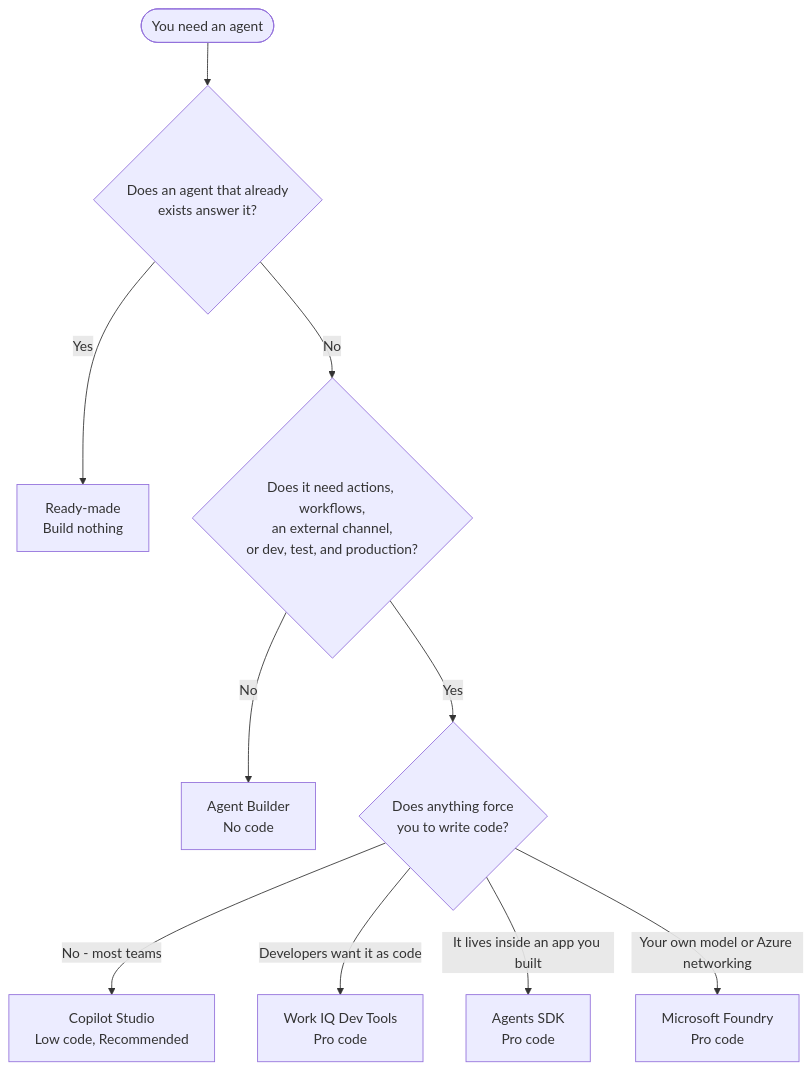
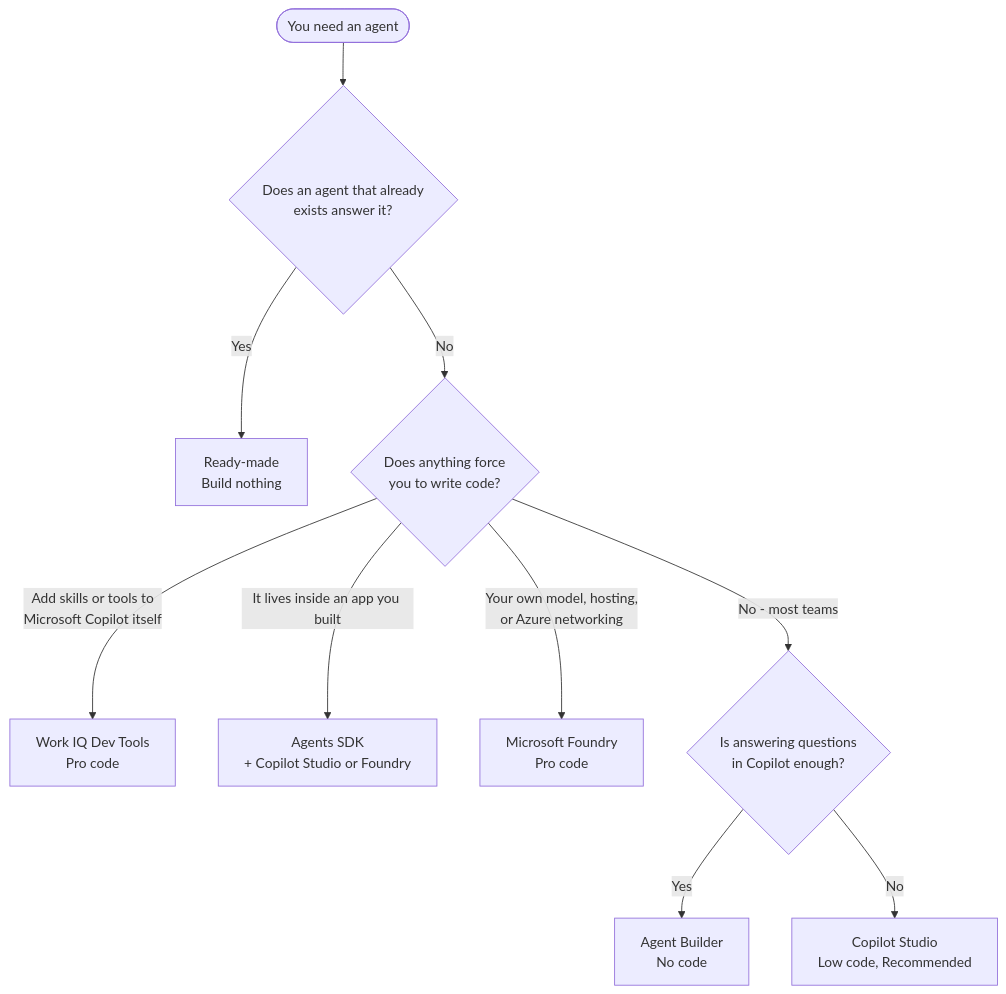
Before and after one commit to SSWConsulting/SSW.Rules.Content: the diagram in public/uploads/rules/ai-agent-platform/rule.mdx, drawn with Mermaid. The commit also changed other lines of this file, not shown here.

Commit message:
Tree: ask about forced code first, then whether Q&A in Copilot is enough
- Pro-code constraints come first, so an own-model agent can't land on
  Agent Builder
- Work IQ Dev Tools branch matches Microsoft's scope: skills or tools
  added to Microsoft Copilot itself
- Agents SDK node says Copilot Studio or Foundry sits behind it
- Agent Builder can't be used in Teams chats

````diff
--- a/public/uploads/rules/ai-agent-platform/rule.mdx
+++ b/public/uploads/rules/ai-agent-platform/rule.mdx
@@ -50,12 +50,12 @@
 ```mermaid
 flowchart TD
     Start(["You need an agent"]) --> Q0{"Does an agent that already<br>exists answer it?"}
     Q0 -->|Yes| RM["Ready-made<br>Build nothing"]
-    Q0 -->|No| Q1{"Does it need actions, workflows,<br>an external channel,<br>or dev, test, and production?"}
-    Q1 -->|No| AB["Agent Builder<br>No code"]
-    Q1 -->|Yes| Q2{"Does anything force<br>you to write code?"}
-    Q2 -->|"No - most teams"| CS["Copilot Studio<br>Low code, Recommended"]
-    Q2 -->|"Developers want it as code"| TK["Work IQ Dev Tools<br>Pro code"]
-    Q2 -->|"It lives inside an app you built"| SDK["Agents SDK<br>Pro code"]
-    Q2 -->|"Your own model or Azure networking"| FD["Microsoft Foundry<br>Pro code"]
+    Q0 -->|No| Q1{"Does anything force<br>you to write code?"}
+    Q1 -->|"Add skills or tools to<br>Microsoft Copilot itself"| TK["Work IQ Dev Tools<br>Pro code"]
+    Q1 -->|"It lives inside an app you built"| SDK["Agents SDK<br>+ Copilot Studio or Foundry"]
+    Q1 -->|"Your own model, hosting,<br>or Azure networking"| FD["Microsoft Foundry<br>Pro code"]
+    Q1 -->|"No - most teams"| Q2{"Is answering questions<br>in Copilot enough?"}
+    Q2 -->|Yes| AB["Agent Builder<br>No code"]
+    Q2 -->|No| CS["Copilot Studio<br>Low code, Recommended"]
 ```
````
